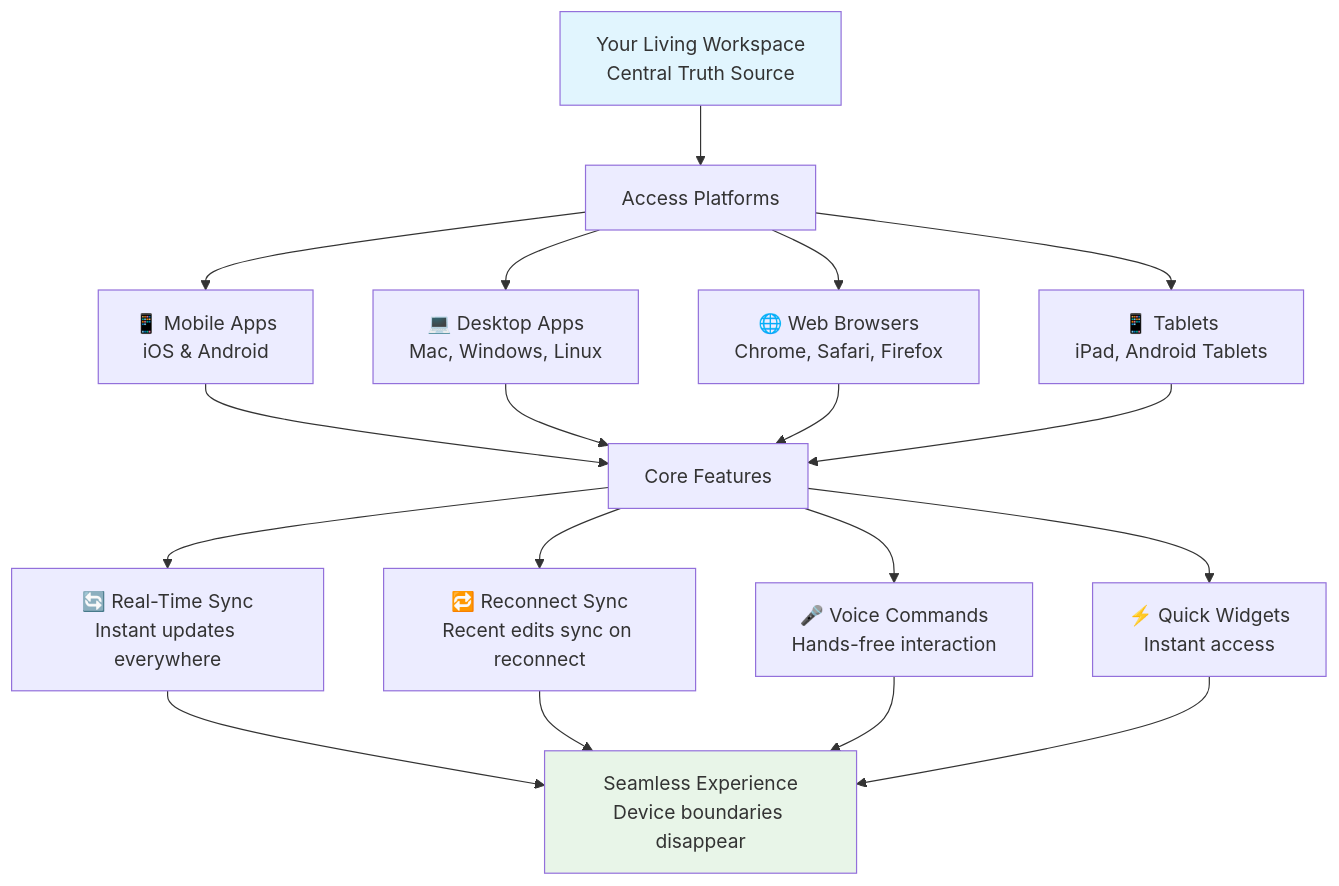
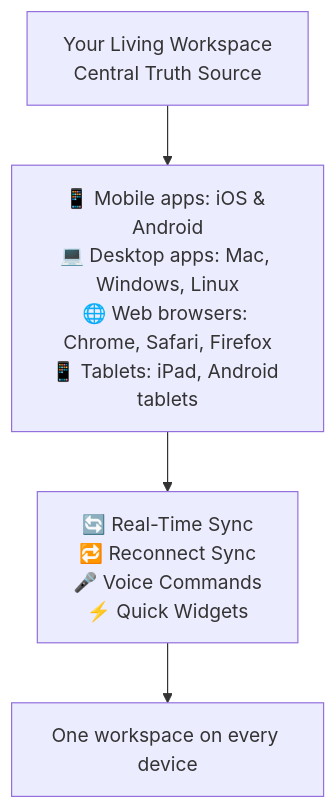
One commit to taskade/docs changed the diagram in help-and-support/index/08_mobile_desktop.md. Above: the diagram before and after it, drawn with Mermaid. The commit also changed other lines of this file and 113 other files, not shown here.

````diff
--- a/help-and-support/index/08_mobile_desktop.md
+++ b/help-and-support/index/08_mobile_desktop.md
@@ -26,27 +26,6 @@
 ```mermaid
 flowchart TD
-    WORKSPACE[Your Living Workspace<br/>Central Truth Source] --> PLATFORMS[Access Platforms]
-
-    PLATFORMS --> MOBILE[📱 Mobile Apps<br/>iOS & Android]
-    PLATFORMS --> DESKTOP[💻 Desktop Apps<br/>Mac, Windows, Linux]
-    PLATFORMS --> WEB[🌐 Web Browsers<br/>Chrome, Safari, Firefox]
-    PLATFORMS --> TABLET[📱 Tablets<br/>iPad, Android Tablets]
-
-    MOBILE --> FEATURES[Core Features]
-    DESKTOP --> FEATURES
-    WEB --> FEATURES
-    TABLET --> FEATURES
-
-    FEATURES --> SYNC[🔄 Real-Time Sync<br/>Instant updates everywhere]
-    FEATURES --> OFFLINE[🔁 Reconnect Sync<br/>Recent edits sync on reconnect]
-    FEATURES --> VOICE[🎤 Voice Commands<br/>Hands-free interaction]
-    FEATURES --> WIDGETS[⚡ Quick Widgets<br/>Instant access]
-
-    SYNC --> RESULT[Seamless Experience<br/>Device boundaries disappear]
-    OFFLINE --> RESULT
-    VOICE --> RESULT
-    WIDGETS --> RESULT
-
-    style WORKSPACE fill:#e1f5fe
-    style RESULT fill:#e8f5e8
+    WORKSPACE["Your Living Workspace<br/>Central Truth Source"] --> PLATFORMS["📱 Mobile apps: iOS & Android<br/>💻 Desktop apps: Mac, Windows, Linux<br/>🌐 Web browsers: Chrome, Safari, Firefox<br/>📱 Tablets: iPad, Android tablets"]
+    PLATFORMS --> FEATURES["🔄 Real-Time Sync<br/>🔁 Reconnect Sync<br/>🎤 Voice Commands<br/>⚡ Quick Widgets"]
+    FEATURES --> RESULT["One workspace on every device"]
 ```
````
